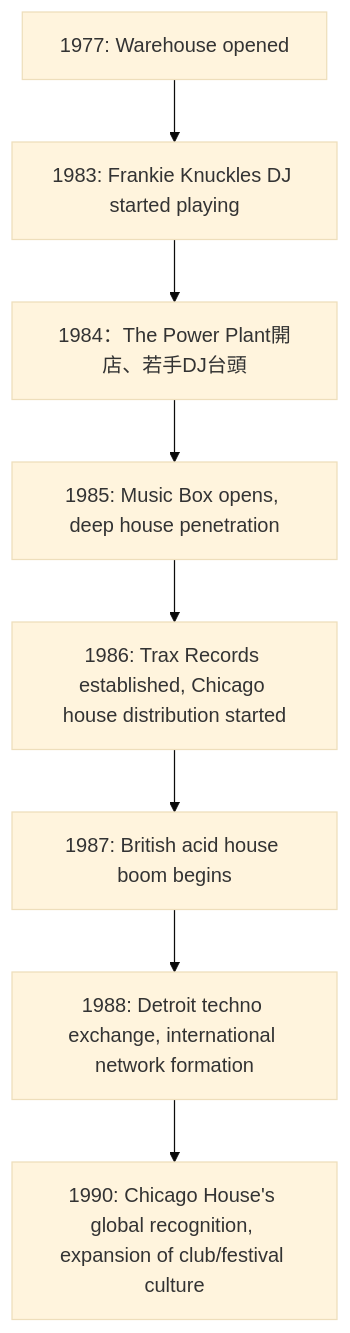
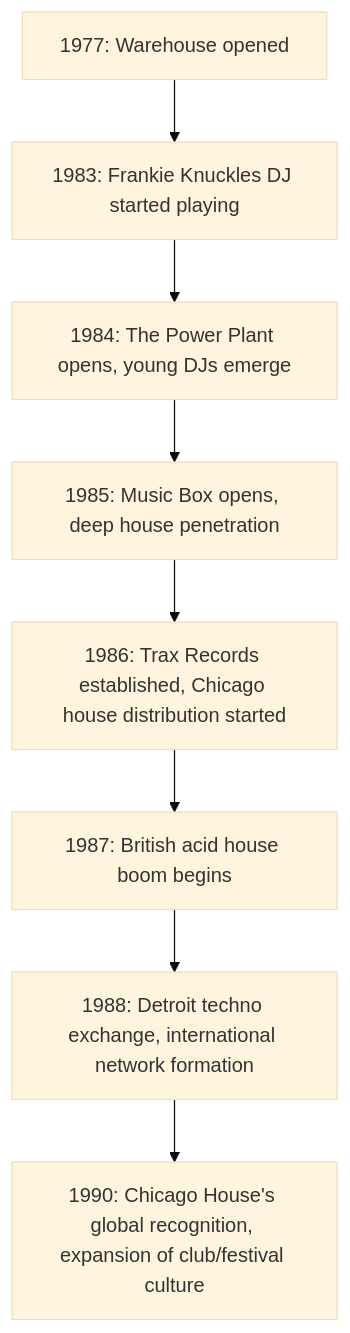
One commit to monumental-movement/monumental-movement.github.io changed the diagram in en/_posts/2025-10-11-Colum-Chicago-House.md. Above: the diagram before and after it, drawn with Mermaid (base theme). The commit also changed other lines of this file and 1697 other files, not shown here.

```diff
--- a/en/_posts/2025-10-11-Colum-Chicago-House.md
+++ b/en/_posts/2025-10-11-Colum-Chicago-House.md
@@ -162,12 +165,12 @@
 <div class="mermaid">
 
 flowchart TD
 A1977["1977: Warehouse opened"] --> B1983["1983: Frankie Knuckles DJ started playing"]
-B1983 --> C1984["1984：The Power Plant開店、若手DJ台頭"]
+B1983 --> C1984["1984: The Power Plant opens, young DJs emerge"]
 C1984 --> D1985["1985: Music Box opens, deep house penetration"]
 D1985 --> E1986["1986: Trax Records established, Chicago house distribution started"]
 E1986 --> F1987["1987: British acid house boom begins"]
 F1987 --> G1988["1988: Detroit techno exchange, international network formation"]
 G1988 --> H1990["1990: Chicago House's global recognition, expansion of club/festival culture"]
 
 </div>
```
